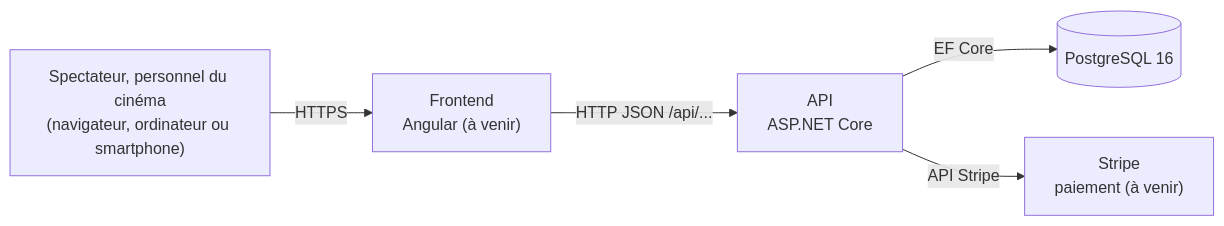
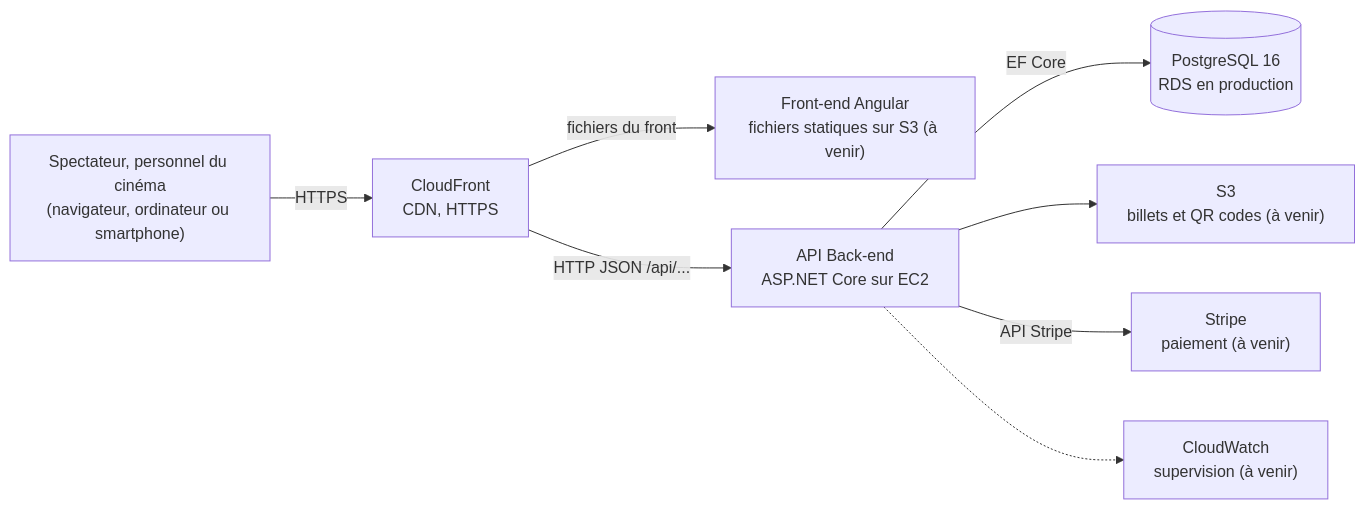
Before and after one commit to Grand-Cinema-Studi/grand-cinema-docs: the first of 2 diagrams in architecture/overview.md, drawn with Mermaid. The commit also changed other lines of this file and 1 other file, not shown here.

First line of the commit message:
docs(architecture): add CloudFront and S3 to the overview

````diff
--- a/architecture/overview.md
+++ b/architecture/overview.md
@@ -7,13 +7,19 @@
 ```mermaid
 flowchart LR
     user["Spectateur, personnel du cinéma<br/>(navigateur, ordinateur ou smartphone)"]
-    front["Frontend<br/>Angular (à venir)"]
-    api["API<br/>ASP.NET Core"]
-    db[("PostgreSQL 16")]
+    cdn["CloudFront<br/>CDN, HTTPS"]
+    front["Front-end Angular<br/>fichiers statiques sur S3 (à venir)"]
+    api["API Back-end<br/>ASP.NET Core sur EC2"]
+    db[("PostgreSQL 16<br/>RDS en production")]
+    tickets["S3<br/>billets et QR codes (à venir)"]
     stripe["Stripe<br/>paiement (à venir)"]
+    watch["CloudWatch<br/>supervision (à venir)"]
 
-    user -->|HTTPS| front
-    front -->|"HTTP JSON /api/..."| api
+    user -->|HTTPS| cdn
+    cdn -->|"fichiers du front"| front
+    cdn -->|"HTTP JSON /api/..."| api
     api -->|EF Core| db
+    api --> tickets
     api -->|"API Stripe"| stripe
+    api -.-> watch
 ```
````
